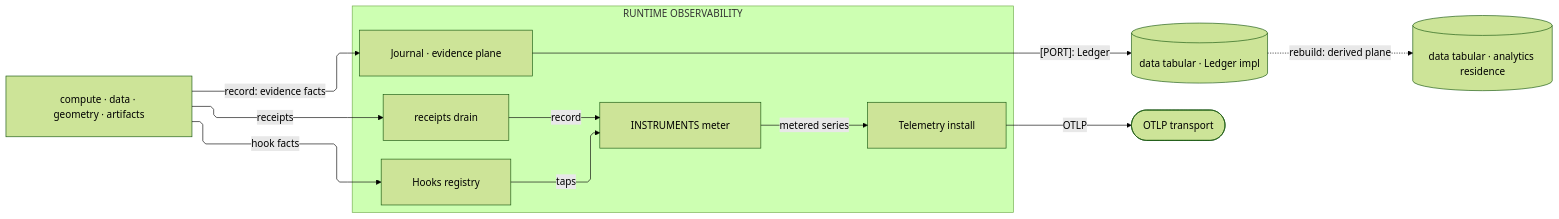
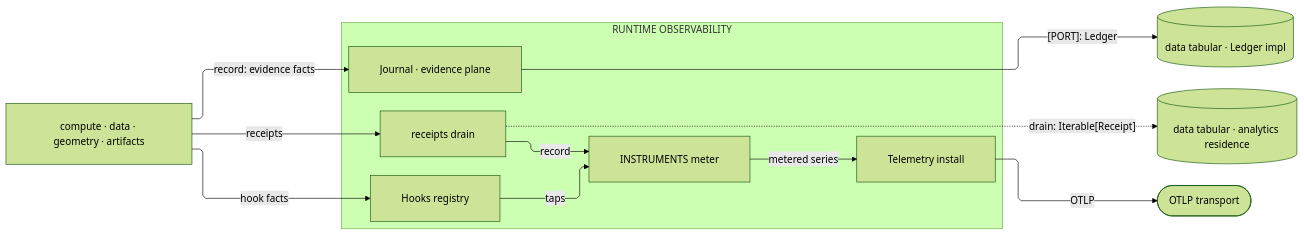
The fourth of 4 diagrams in libs/python/.planning/ARCHITECTURE.md (bsamiee/Rasm), drawn with Mermaid (forest theme) before and after one commit. The commit also changed other lines of this file and 108 other files, not shown here.

Commit message:
Land the coldpass doc-set deltas across README, ARCHITECTURE, RULINGS, IDEAS, and TASKLOG files

````diff
--- a/libs/python/.planning/ARCHITECTURE.md
+++ b/libs/python/.planning/ARCHITECTURE.md
@@ -141,32 +146,32 @@
 ```mermaid
 ---
 config:
   layout: elk
   flowchart:
     curve: linear
     padding: 25
 ---
 flowchart LR
     accTitle: Python branch observability spine
-    accDescr: Siblings fire hook facts, fold receipts, and record evidence facts into runtime observability; one instrument table meters the derived series, telemetry alone egresses on the opaque OTLP transport, and the journal lands evidence through a Ledger port data implements and the S4 root binds, its analytics residences rebuilding off that stream.
+    accDescr: Siblings fire hook facts, fold receipts, and record evidence facts into runtime observability; one instrument table meters the derived series, telemetry alone egresses on the opaque OTLP transport, and the journal lands evidence through a Ledger port data implements and the S4 root binds, while the composition's receipt drain lands its analytics residences through the same commit matrix.
     Siblings[compute · data · geometry · artifacts]
     subgraph runtime[RUNTIME OBSERVABILITY]
         Hooks[Hooks registry]
         Drain[receipts drain]
         Instruments[INSTRUMENTS meter]
         Journal[Journal · evidence plane]
         Telemetry[Telemetry install]
     end
     Ledger[(data tabular · Ledger impl)]
     Residence[(data tabular · analytics residence)]
     Egress([OTLP transport])
     Siblings e1@-->|"hook facts"| Hooks
     Siblings e2@-->|"receipts"| Drain
     Siblings e7@-->|"record: evidence facts"| Journal
     Hooks e3@-->|"taps"| Instruments
     Drain e4@-->|"record"| Instruments
     Journal e8@-->|"[PORT]: Ledger"| Ledger
-    Ledger e9@-.->|"rebuild: derived plane"| Residence
+    Drain e9@-.->|"drain: Iterable[Receipt]"| Residence
     Instruments e5@-->|"metered series"| Telemetry
     Telemetry e6@-->|"OTLP"| Egress
 ```
````
